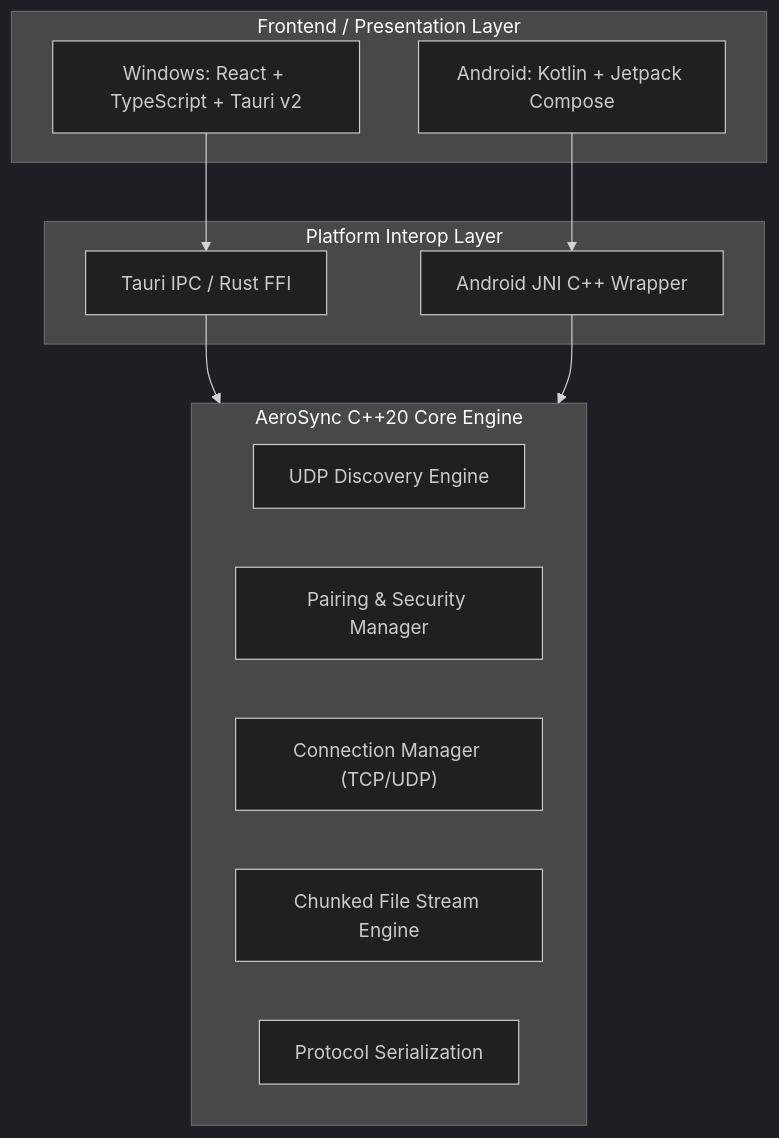
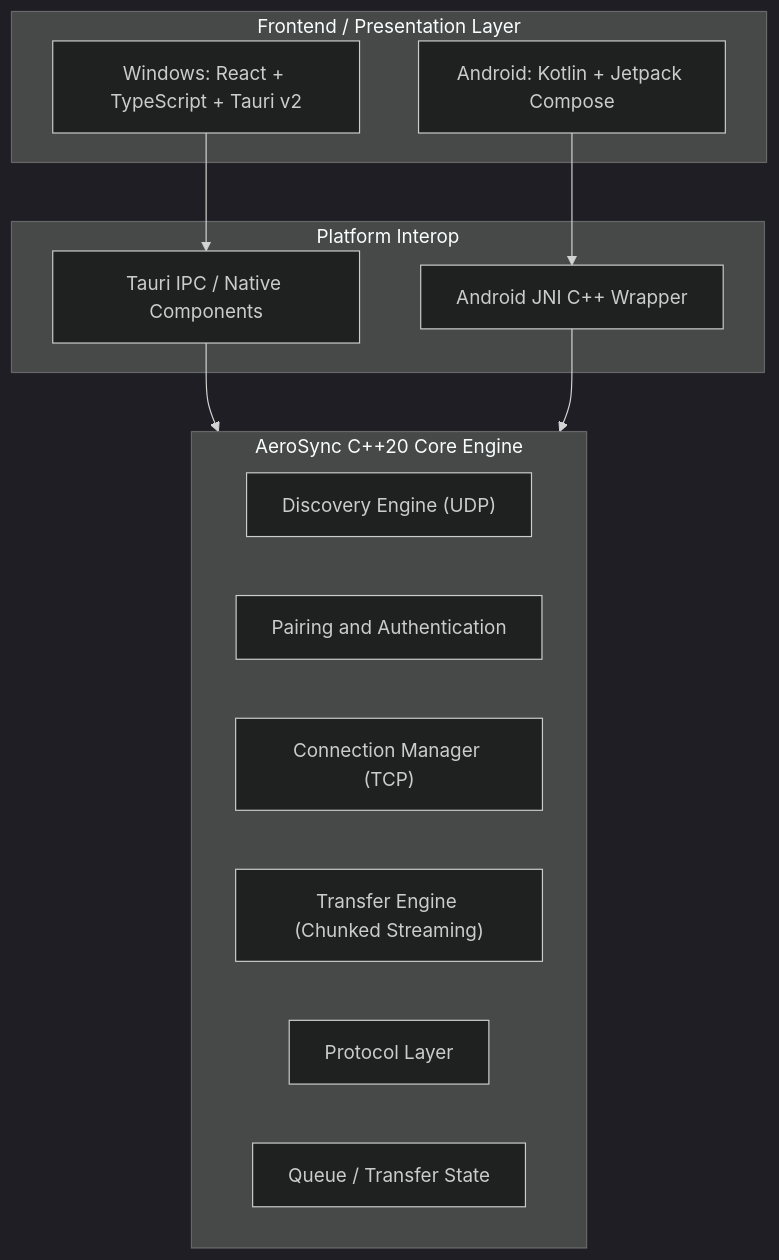
One commit to Atulsain011/Aero_sync changed the diagram in README.md. Above: the diagram before and after it, drawn with Mermaid (dark theme). The commit also changed other lines of this file, not shown here.

Commit message:
docs(readme): expand comprehensive technical documentation, roadmap, and v1.0.6 assets

````diff
--- a/README.md
+++ b/README.md
@@ -72,25 +163,27 @@
 ```mermaid
 flowchart TD
     subgraph UI["Frontend / Presentation Layer"]
         W_UI["Windows: React + TypeScript + Tauri v2"]
         A_UI["Android: Kotlin + Jetpack Compose"]
     end
 
-    subgraph NativeBridge["Platform Interop Layer"]
-        W_Bridge["Tauri IPC / Rust FFI"]
+    subgraph NativeBridge["Platform Interop"]
+        W_Bridge["Tauri IPC / Native Components"]
         A_Bridge["Android JNI C++ Wrapper"]
     end
 
     subgraph CoreEngine["AeroSync C++20 Core Engine"]
-        DE["UDP Discovery Engine"]
-        PSM["Pairing & Security Manager"]
-        CM["Connection Manager (TCP/UDP)"]
-        TE["Chunked File Stream Engine"]
-        PS["Protocol Serialization"]
+        DE["Discovery Engine (UDP)"]
+        PSM["Pairing and Authentication"]
+        CM["Connection Manager (TCP)"]
+        TE["Transfer Engine (Chunked Streaming)"]
+        PS["Protocol Layer"]
+        QS["Queue / Transfer State"]
     end
 
     W_UI --> W_Bridge
     A_UI --> A_Bridge
+
     W_Bridge --> CoreEngine
     A_Bridge --> CoreEngine
 ```
````
